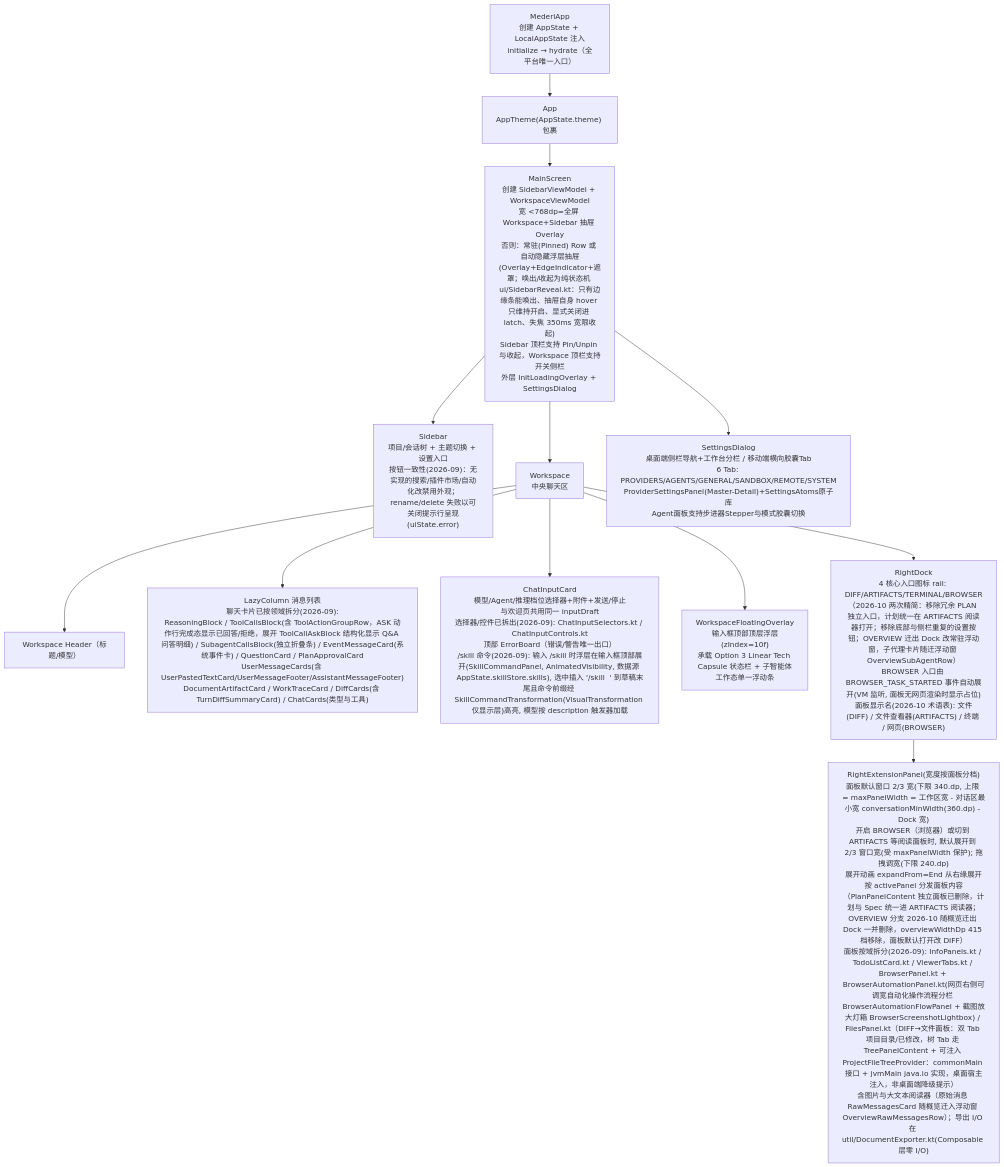
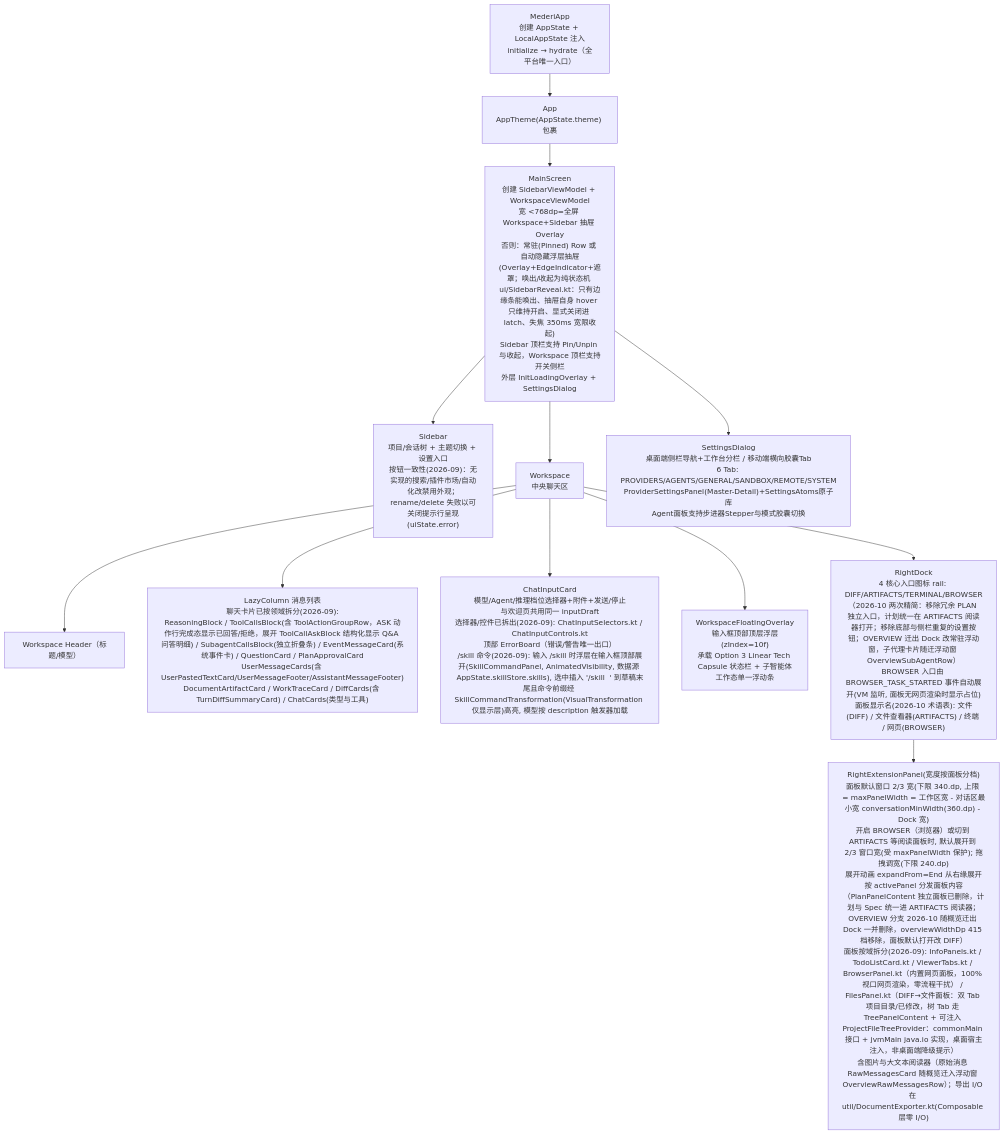
Before and after one commit to lzdev42/mederi: the third of 4 diagrams in docs/architecture/02-app-shared.md, drawn with Mermaid. The commit also changed other lines of this file and 79 other files, not shown here.

````diff
--- a/docs/architecture/02-app-shared.md
+++ b/docs/architecture/02-app-shared.md
@@ -466,24 +478,24 @@
 ```mermaid
 flowchart TD
     MA["MederiApp<br/>创建 AppState + LocalAppState 注入<br/>initialize → hydrate（全平台唯一入口）"]
     APP["App<br/>AppTheme(AppState.theme) 包裹"]
     MS["MainScreen<br/>创建 SidebarViewModel + WorkspaceViewModel<br/>宽 <768dp=全屏 Workspace+Sidebar 抽屉 Overlay<br/>否则：常驻(Pinned) Row 或 自动隐藏浮层抽屉(Overlay+EdgeIndicator+遮罩；唤出/收起为纯状态机 ui/SidebarReveal.kt：只有边缘条能唤出、抽屉自身 hover 只维持开启、显式关闭进 latch、失焦 350ms 宽限收起)<br/>Sidebar 顶栏支持 Pin/Unpin 与收起，Workspace 顶栏支持开关侧栏<br/>外层 InitLoadingOverlay + SettingsDialog"]
     SB["Sidebar<br/>项目/会话树 + 主题切换 + 设置入口<br/>按钮一致性(2026-09)：无实现的搜索/插件市场/自动化改禁用外观；rename/delete 失败以可关闭提示行呈现(uiState.error)"]
     WS["Workspace<br/>中央聊天区"]
     HDR["Workspace Header（标题/模型）"]
     LIST["LazyColumn 消息列表<br/>聊天卡片已按领域拆分(2026-09):<br/>ReasoningBlock / ToolCallsBlock(含 ToolActionGroupRow，ASK 动作行完成态显示已回答/拒绝，展开 ToolCallAskBlock 结构化显示 Q&A 问答明细) / SubagentCallsBlock(独立折叠条) / EventMessageCard(系统事件卡) / QuestionCard / PlanApprovalCard<br/>UserMessageCards(含 UserPastedTextCard/UserMessageFooter/AssistantMessageFooter)<br/>DocumentArtifactCard / WorkTraceCard / DiffCards(含 TurnDiffSummaryCard) / ChatCards(类型与工具)"]
     INPUT["ChatInputCard<br/>模型/Agent/推理档位选择器+附件+发送/停止<br/>与欢迎页共用同一 inputDraft<br/>选择器/控件已拆出(2026-09): ChatInputSelectors.kt / ChatInputControls.kt<br/>顶部 ErrorBoard（错误/警告唯一出口）<br/>/skill 命令(2026-09): 输入 /skill 时浮层在输入框顶部展开(SkillCommandPanel, AnimatedVisibility, 数据源 AppState.skillStore.skills), 选中插入 '/skill <name> ' 到草稿末尾且命令前缀经 SkillCommandTransformation(VisualTransformation 仅显示层)高亮, 模型按 description 触发器加载"]
     WFO["WorkspaceFloatingOverlay<br/>输入框顶部顶层浮层(zIndex=10f)<br/>承载 Option 3 Linear Tech Capsule 状态栏 + 子智能体工作态单一浮动条"]
     DOCK["RightDock<br/>4 核心入口图标 rail: DIFF/ARTIFACTS/TERMINAL/BROWSER（2026-10 两次精简：移除冗余 PLAN 独立入口，计划统一在 ARTIFACTS 阅读器打开；移除底部与侧栏重复的设置按钮；OVERVIEW 迁出 Dock 改常驻浮动窗，子代理卡片随迁浮动窗 OverviewSubAgentRow）<br/>BROWSER 入口由 BROWSER_TASK_STARTED 事件自动展开(VM 监听, 面板无网页渲染时显示占位)<br/>面板显示名(2026-10 术语表): 文件(DIFF) / 文件查看器(ARTIFACTS) / 终端 / 网页(BROWSER)"]
-    REP["RightExtensionPanel(宽度按面板分档)<br/>面板默认窗口 2/3 宽(下限 340.dp, 上限 = maxPanelWidth = 工作区宽 - 对话区最小宽 conversationMinWidth(360.dp) - Dock 宽)<br/>开启 BROWSER（浏览器）或切到 ARTIFACTS 等阅读面板时, 默认展开到 2/3 窗口宽(受 maxPanelWidth 保护); 拖拽调宽(下限 240.dp)<br/>展开动画 expandFrom=End 从右缘展开<br/>按 activePanel 分发面板内容（PlanPanelContent 独立面板已删除，计划与 Spec 统一进 ARTIFACTS 阅读器；OVERVIEW 分支 2026-10 随概览迁出 Dock 一并删除，overviewWidthDp 415 档移除，面板默认打开改 DIFF）<br/>面板按域拆分(2026-09): InfoPanels.kt / TodoListCard.kt / ViewerTabs.kt / BrowserPanel.kt + BrowserAutomationPanel.kt(网页右侧可调宽自动化操作流程分栏 BrowserAutomationFlowPanel + 截图放大灯箱 BrowserScreenshotLightbox) / FilesPanel.kt（DIFF→文件面板：双 Tab 项目目录/已修改，树 Tab 走 TreePanelContent + 可注入 ProjectFileTreeProvider：commonMain 接口 + jvmMain java.io 实现，桌面宿主注入，非桌面端降级提示）<br/>含图片与大文本阅读器（原始消息 RawMessagesCard 随概览迁入浮动窗 OverviewRawMessagesRow）；导出 I/O 在 util/DocumentExporter.kt(Composable 层零 I/O)"]
+    REP["RightExtensionPanel(宽度按面板分档)<br/>面板默认窗口 2/3 宽(下限 340.dp, 上限 = maxPanelWidth = 工作区宽 - 对话区最小宽 conversationMinWidth(360.dp) - Dock 宽)<br/>开启 BROWSER（浏览器）或切到 ARTIFACTS 等阅读面板时, 默认展开到 2/3 窗口宽(受 maxPanelWidth 保护); 拖拽调宽(下限 240.dp)<br/>展开动画 expandFrom=End 从右缘展开<br/>按 activePanel 分发面板内容（PlanPanelContent 独立面板已删除，计划与 Spec 统一进 ARTIFACTS 阅读器；OVERVIEW 分支 2026-10 随概览迁出 Dock 一并删除，overviewWidthDp 415 档移除，面板默认打开改 DIFF）<br/>面板按域拆分(2026-09): InfoPanels.kt / TodoListCard.kt / ViewerTabs.kt / BrowserPanel.kt（内置网页面板，100% 视口网页渲染，零流程干扰） / FilesPanel.kt（DIFF→文件面板：双 Tab 项目目录/已修改，树 Tab 走 TreePanelContent + 可注入 ProjectFileTreeProvider：commonMain 接口 + jvmMain java.io 实现，桌面宿主注入，非桌面端降级提示）<br/>含图片与大文本阅读器（原始消息 RawMessagesCard 随概览迁入浮动窗 OverviewRawMessagesRow）；导出 I/O 在 util/DocumentExporter.kt(Composable 层零 I/O)"]
     SD["SettingsDialog<br/>桌面端侧栏导航+工作台分栏 / 移动端横向胶囊Tab<br/>6 Tab: PROVIDERS/AGENTS/GENERAL/SANDBOX/REMOTE/SYSTEM<br/>ProviderSettingsPanel(Master-Detail)+SettingsAtoms原子库<br/>Agent面板支持步进器Stepper与模式胶囊切换"]
     MA --> APP --> MS
     MS --> SB
     MS --> WS
     WS --> HDR
     WS --> LIST
     WS --> WFO
     WS --> INPUT
     WS --> DOCK --> REP
     MS --> SD
 ```
````
